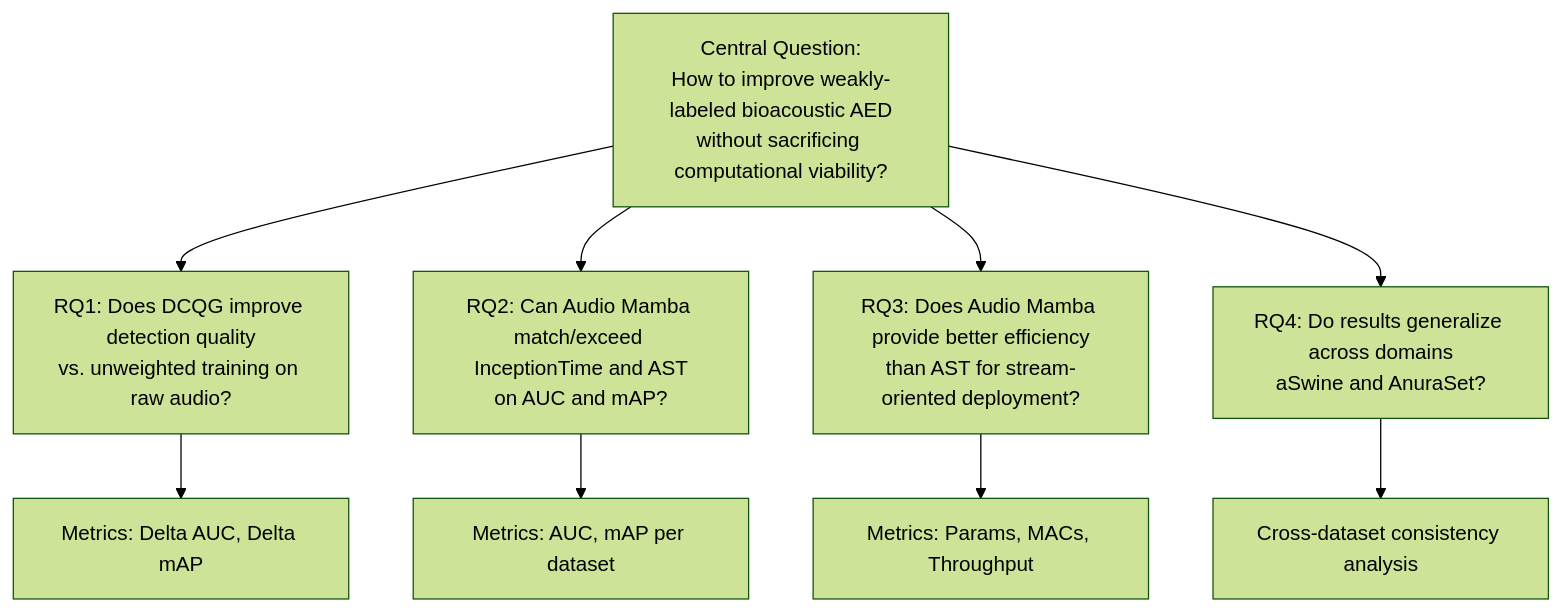
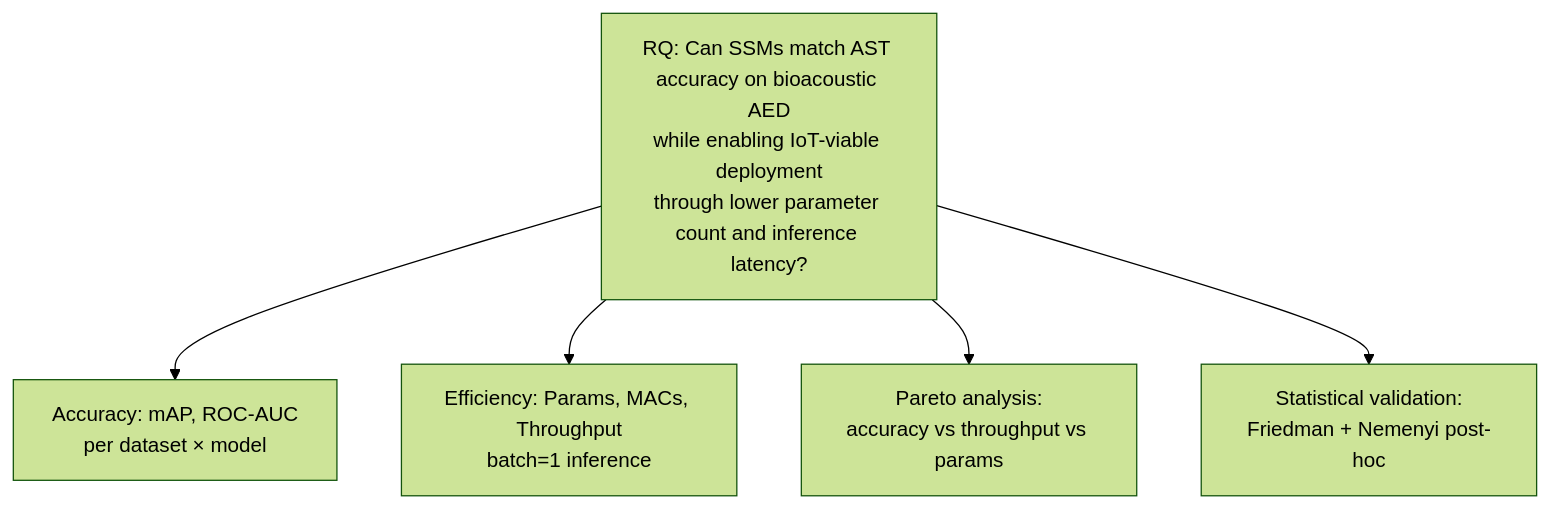
One commit to andremsouza/ssm-bioaed-iot changed the second of 6 diagrams in README.md. Above: the diagram before and after it, drawn with Mermaid (forest theme). The commit also changed other lines of this file and 47 other files, not shown here.

````diff
--- a/README.md
+++ b/README.md
@@ -118,14 +52,9 @@
 ```mermaid
 flowchart TB
-  RQ0[Central Question:<br/>How to improve weakly-labeled bioacoustic AED<br/>without sacrificing computational viability?]
+  RQ[RQ: Can SSMs match AST accuracy on bioacoustic AED<br/>while enabling IoT-viable deployment<br/>through lower parameter count and inference latency?]
 
-  RQ0 --> RQ1[RQ1: Does DCQG improve detection quality<br/>vs. unweighted training on raw audio?]
-  RQ0 --> RQ2[RQ2: Can Audio Mamba match/exceed InceptionTime and AST<br/>on AUC and mAP?]
-  RQ0 --> RQ3[RQ3: Does Audio Mamba provide better efficiency<br/>than AST for stream-oriented deployment?]
-  RQ0 --> RQ4[RQ4: Do results generalize across domains<br/>aSwine and AnuraSet?]
-
-  RQ1 --> M1[Metrics: Delta AUC, Delta mAP]
-  RQ2 --> M2[Metrics: AUC, mAP per dataset]
-  RQ3 --> M3[Metrics: Params, MACs, Throughput]
-  RQ4 --> M4[Cross-dataset consistency analysis]
+  RQ --> M1[Accuracy: mAP, ROC-AUC</br>per dataset × model]
+  RQ --> M2[Efficiency: Params, MACs, Throughput</br>batch=1 inference]
+  RQ --> M3[Pareto analysis:</br>accuracy vs throughput vs params]
+  RQ --> M4[Statistical validation:</br>Friedman + Nemenyi post-hoc]
 ```
````
